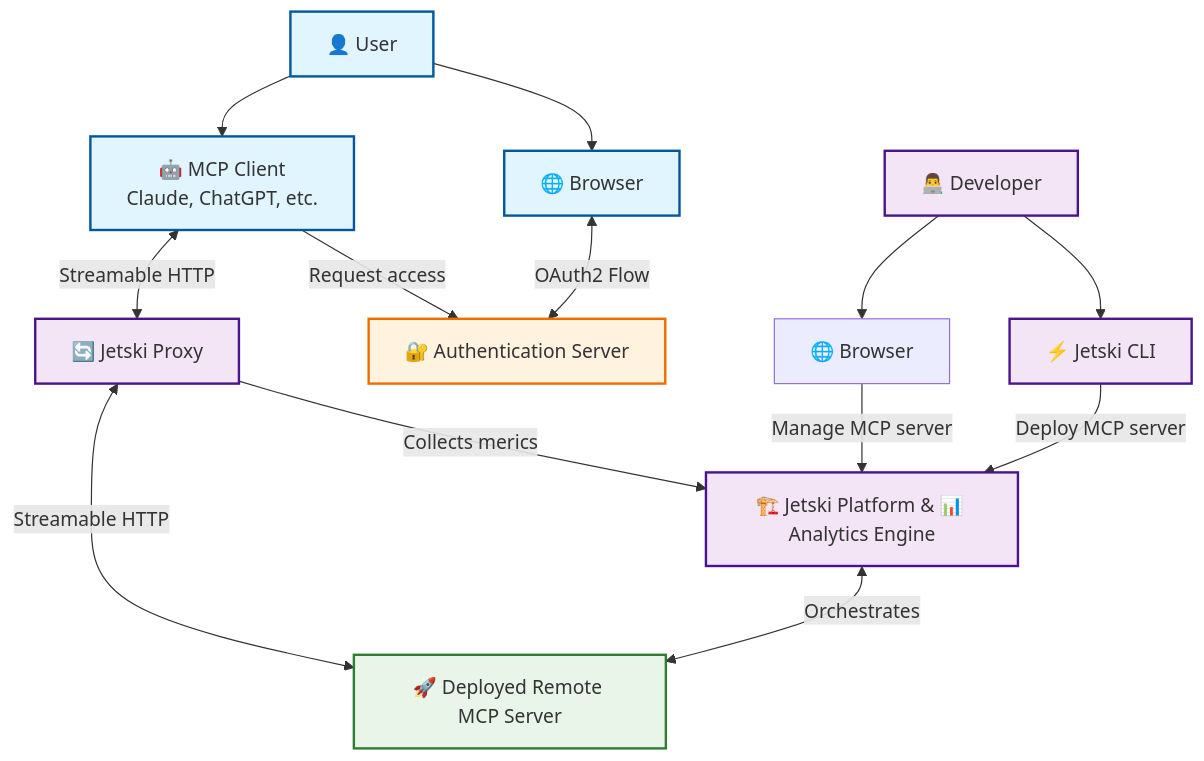
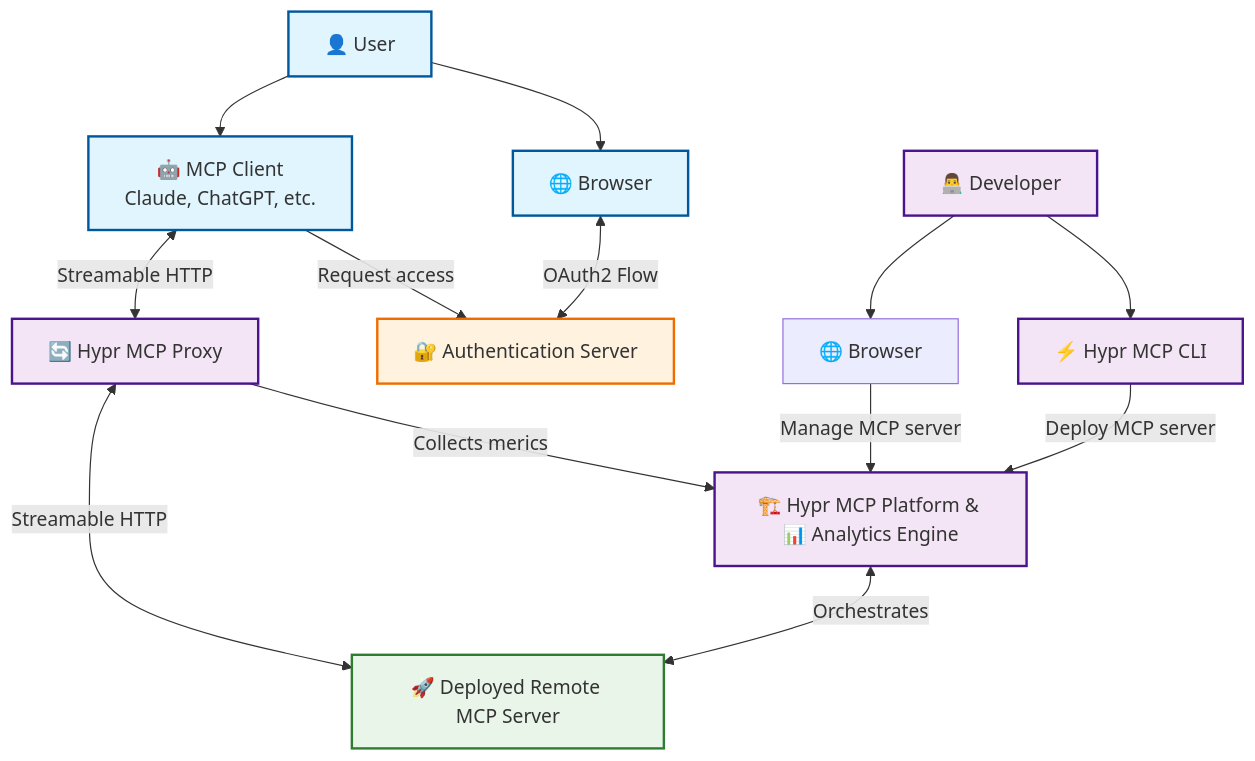
Before and after one commit to hyprmcp/website: the diagram in src/content/docs/docs/getting-started/about.mdx, drawn with Mermaid. The commit also changed other lines of this file and 44 other files, not shown here.

````diff
--- a/src/content/docs/docs/getting-started/about.mdx
+++ b/src/content/docs/docs/getting-started/about.mdx
@@ -18,41 +18,41 @@
 ```mermaid
 graph TB
     %% User and Clients
     User[👤 User] --> UserBrowser[🌐 Browser]
     User --> MCPClient[🤖 MCP Client<br/>Claude, ChatGPT, etc.]
 
     %% Developer Tools
-    Developer[👨‍💻 Developer] --> CLI[⚡ Jetski CLI]
+    Developer[👨‍💻 Developer] --> CLI[⚡ Hypr MCP CLI]
     Developer --> DeveloperBrowser[🌐 Browser]
 
-    CLI --> |Deploy MCP server| Platform[🏗️ Jetski Platform & 📊 Analytics Engine]
+    CLI --> |Deploy MCP server| Platform[🏗️ Hypr MCP Platform & 📊 Analytics Engine]
     DeveloperBrowser --> |Manage MCP server| Platform
 
 
     %% Core Platform Components
     UserBrowser <--> |OAuth2 Flow| AuthServer[🔐 Authentication Server]
-    Proxy[🔄 Jetski Proxy] --> |Collects merics| Platform
+    Proxy[🔄 Hypr MCP Proxy] --> |Collects merics| Platform
 
     %% MCP Server Infrastructure
     Proxy <--> |Streamable HTTP| MCPServer[🚀 Deployed Remote MCP Server]
 
     %% Authentication Flow
     MCPClient --> |Request access| AuthServer
 
     %% Request Flow
     MCPClient <--> |Streamable HTTP| Proxy
 
     %% MCP Deployment flow
     Platform <--> |Orchestrates| MCPServer
 
     %% Styling
     classDef user fill:#e1f5fe,stroke:#01579b,stroke-width:2px
     classDef platform fill:#f3e5f5,stroke:#4a148c,stroke-width:2px
     classDef server fill:#e8f5e8,stroke:#2e7d32,stroke-width:2px
     classDef auth fill:#fff3e0,stroke:#ef6c00,stroke-width:2px
 
     class User,UserBrowser,MCPClient user
     class Platform,CLI,Proxy,Developer platform
     class MCPServer server
     class AuthServer auth
 ```
````
